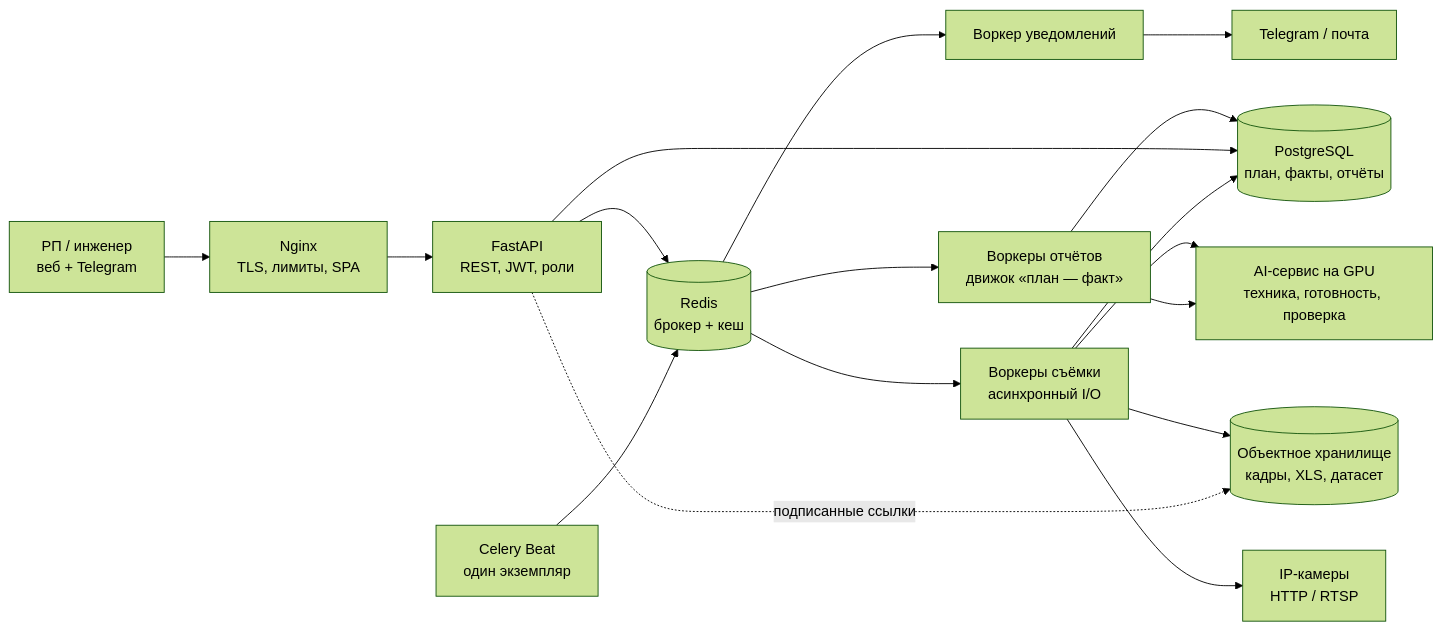
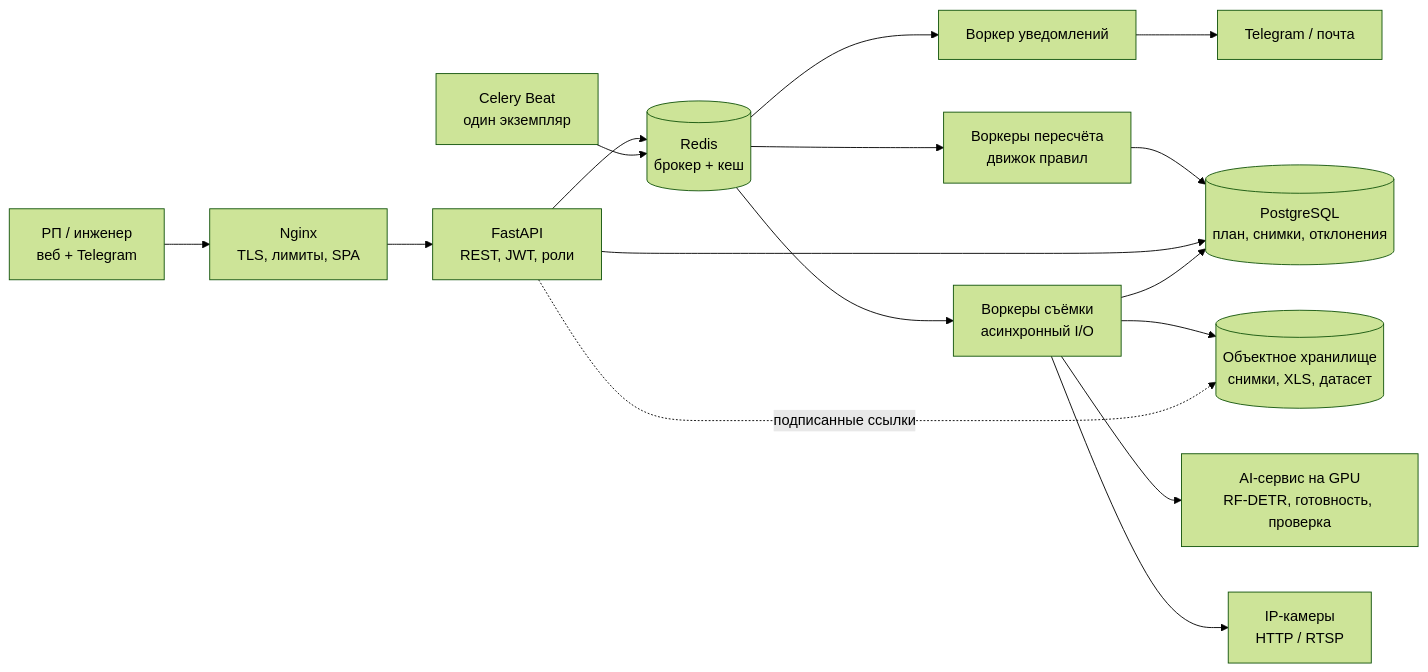
One commit to Antonoof/Intelligent-construction-site-monitoring-system changed the second of 4 diagrams in backend/readme.md. Above: the diagram before and after it, drawn with Mermaid (forest theme). The commit also changed other lines of this file and 77 other files, not shown here.

````diff
--- a/backend/readme.md
+++ b/backend/readme.md
@@ -32,19 +70,18 @@
 ```mermaid
 flowchart LR
     U["РП / инженер<br/>веб + Telegram"] --> NG["Nginx<br/>TLS, лимиты, SPA"]
     NG --> API["FastAPI<br/>REST, JWT, роли"]
     API --> R[("Redis<br/>брокер + кеш")]
     BEAT["Celery Beat<br/>один экземпляр"] --> R
     R --> NW["Воркер уведомлений"]
-    R --> RW["Воркеры отчётов<br/>движок «план — факт»"]
+    R --> RW["Воркеры пересчёта<br/>движок правил"]
     R --> CW["Воркеры съёмки<br/>асинхронный I/O"]
     NW --> TG["Telegram / почта"]
-    RW --> PG[("PostgreSQL<br/>план, факты, отчёты")]
+    RW --> PG[("PostgreSQL<br/>план, снимки, отклонения")]
     API --> PG
     CW --> PG
-    CW --> S3[("Объектное хранилище<br/>кадры, XLS, датасет")]
+    CW --> S3[("Объектное хранилище<br/>снимки, XLS, датасет")]
     API -.->|подписанные ссылки| S3
-    CW --> AI["AI-сервис на GPU<br/>техника, готовность, проверка"]
-    RW --> AI
+    CW --> AI["AI-сервис на GPU<br/>RF-DETR, готовность, проверка"]
     CW --> CAM["IP-камеры<br/>HTTP / RTSP"]
 ```
````
